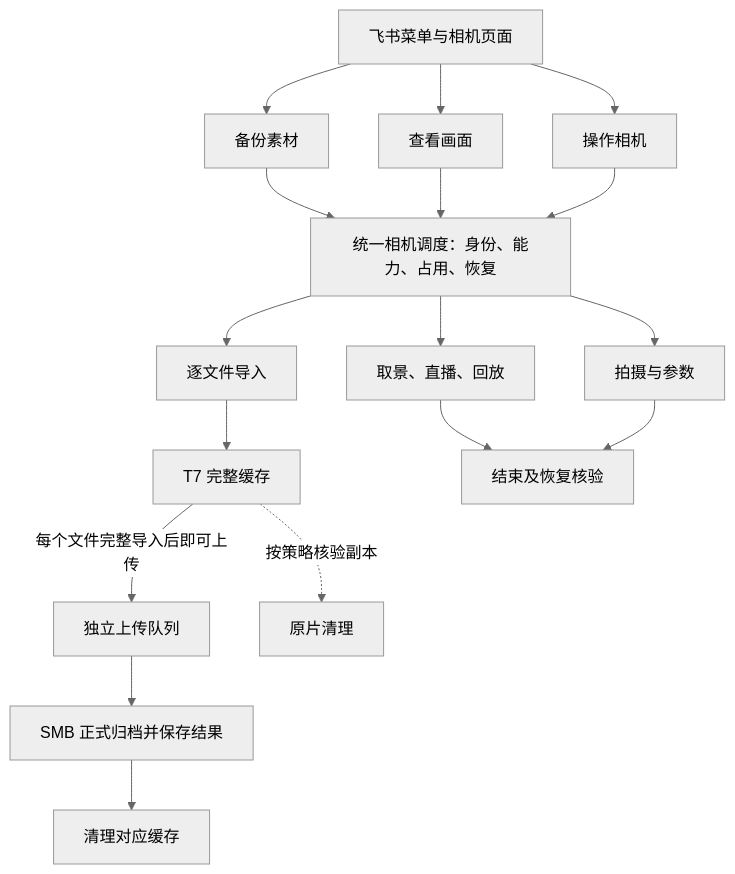
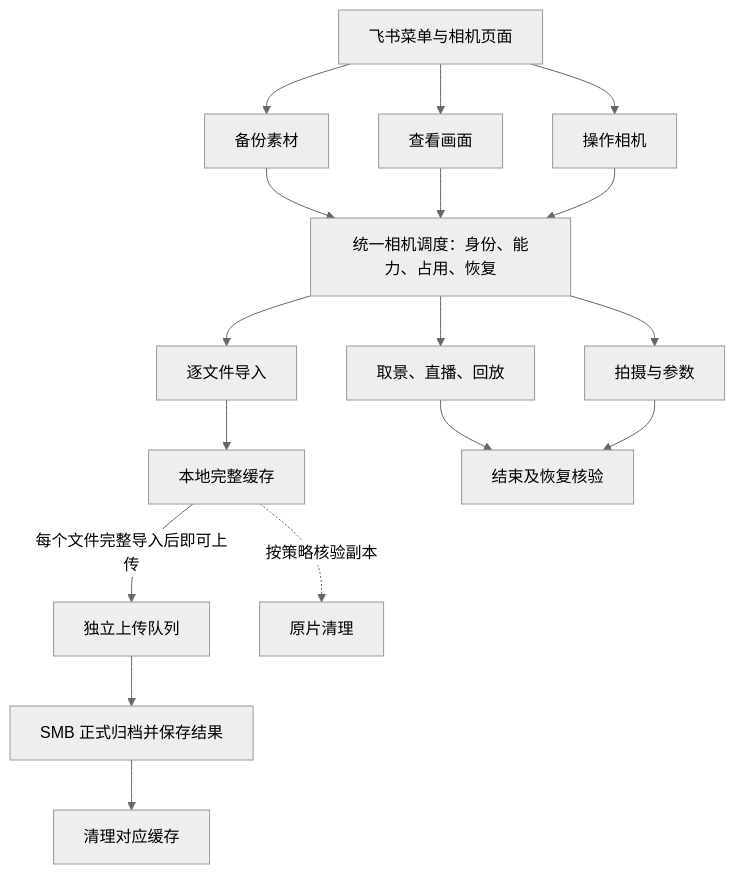
Before and after one commit to ShuaiZha/media-importer: the diagram in docs/workflows.md, drawn with Mermaid (neutral theme). The commit also changed other lines of this file and 53 other files, not shown here.

````diff
--- a/docs/workflows.md
+++ b/docs/workflows.md
@@ -17,19 +17,19 @@
 ```mermaid
 flowchart TB
     A[飞书菜单与相机页面] --> B[备份素材]
     A --> C[查看画面]
     A --> D[操作相机]
     B --> E[统一相机调度：身份、能力、占用、恢复]
     C --> E
     D --> E
     E --> F[逐文件导入]
     E --> G[取景、直播、回放]
     E --> H[拍摄与参数]
-    F --> I[T7 完整缓存]
+    F --> I[本地完整缓存]
     I -->|每个文件完整导入后即可上传| J[独立上传队列]
     J --> K[SMB 正式归档并保存结果]
     K --> L[清理对应缓存]
     I -.按策略核验副本.-> M[原片清理]
     G --> N[结束及恢复核验]
     H --> N
 ```
````
